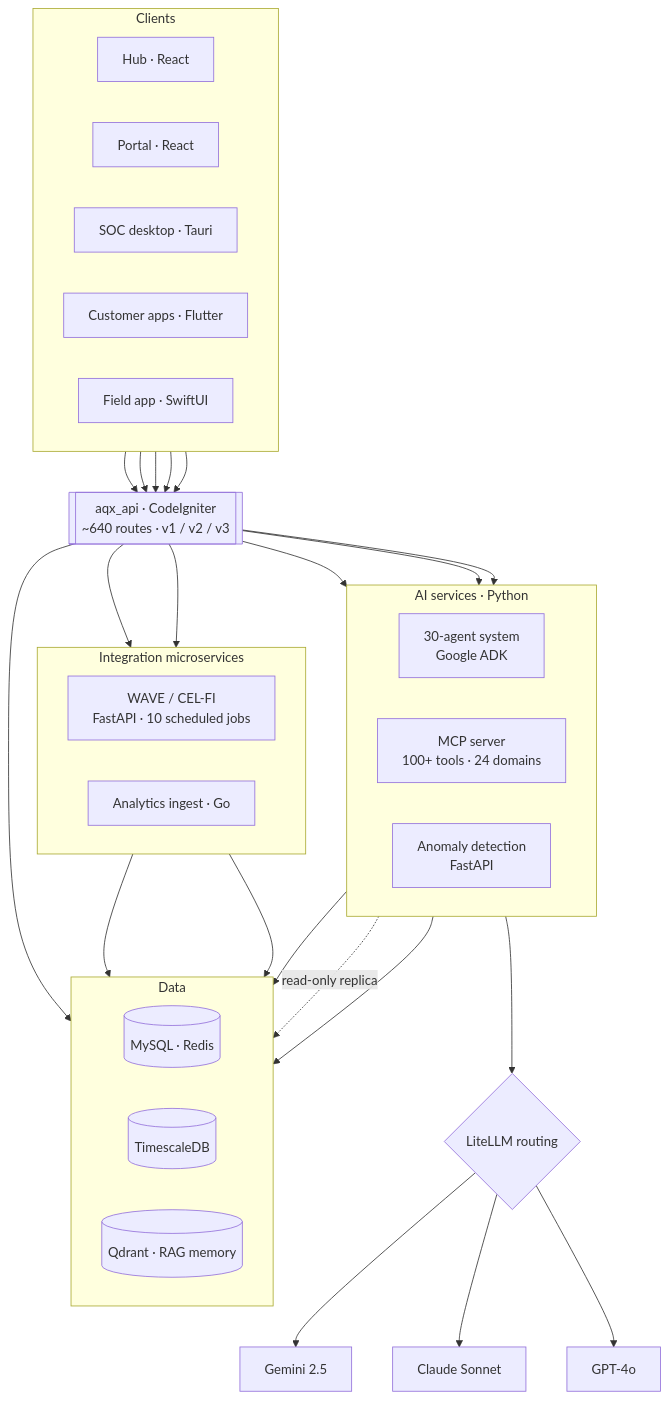
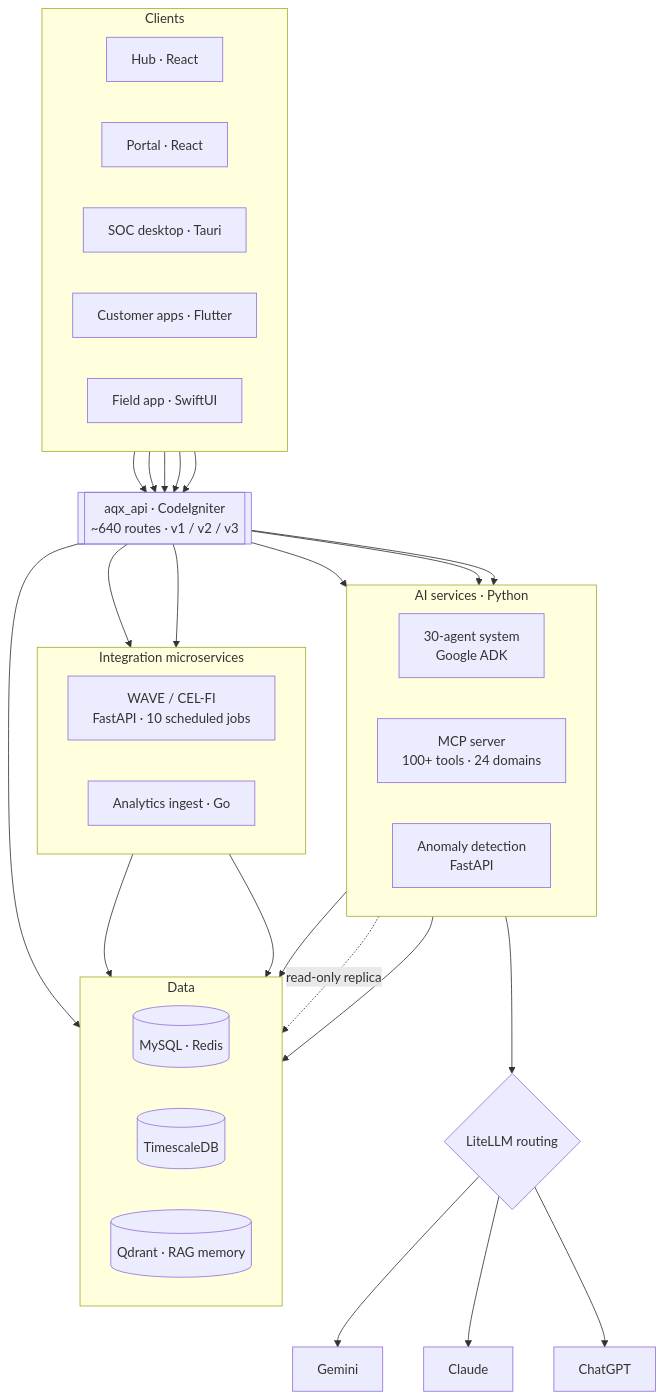
One commit to johncbaker/Amplifi-Qx changed the first of 2 diagrams in README.md. Above: the diagram before and after it, drawn with Mermaid.

Commit message:
Update GATE references in README.md

````diff
--- a/README.md
+++ b/README.md
@@ -22,58 +22,58 @@
 ```mermaid
 flowchart TB
     subgraph clients[Clients]
       direction LR
       HUB[Hub · React]
       POR[Portal · React]
       SOC[SOC desktop · Tauri]
       MOB[Customer apps · Flutter]
       PRO[Field app · SwiftUI]
     end
 
     API[["aqx_api · CodeIgniter<br/>~640 routes · v1 / v2 / v3"]]
 
     subgraph ai[AI services · Python]
       direction LR
       ADK[30-agent system<br/>Google ADK]
       MCP[MCP server<br/>100+ tools · 24 domains]
       ANO[Anomaly detection<br/>FastAPI]
     end
 
     subgraph integ[Integration microservices]
       direction LR
       WAVE[WAVE / CEL-FI<br/>FastAPI · 10 scheduled jobs]
       ANL[Analytics ingest · Go]
     end
 
     subgraph data[Data]
       direction LR
       MY[(MySQL · Redis)]
       TS[(TimescaleDB)]
       QD[(Qdrant · RAG memory)]
     end
 
     GATE{LiteLLM routing}
 
     HUB --> API
     POR --> API
     SOC --> API
     MOB --> API
     PRO --> API
 
     API --> ADK
     API --> MCP
     API --> ANO
     API --> WAVE
     API --> ANL
     API --> MY
 
     ADK --> GATE
-    GATE --> GEM[Gemini 2.5]
-    GATE --> CLA[Claude Sonnet]
-    GATE --> GPT[GPT-4o]
+    GATE --> GEM[Gemini]
+    GATE --> CLA[Claude]
+    GATE --> GPT[ChatGPT]
     ADK --> QD
     MCP -. read-only replica .-> TS
     WAVE --> TS
     ANL --> TS
     ANO --> TS
 ```
````
